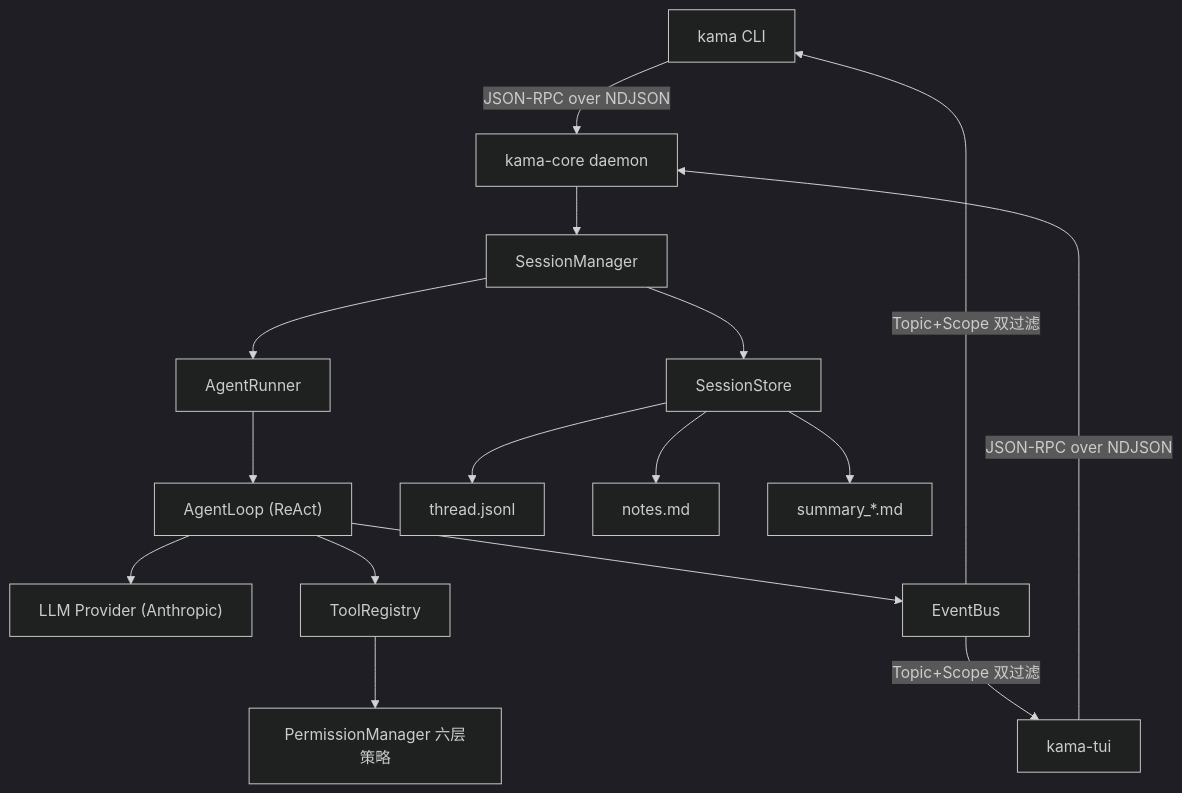
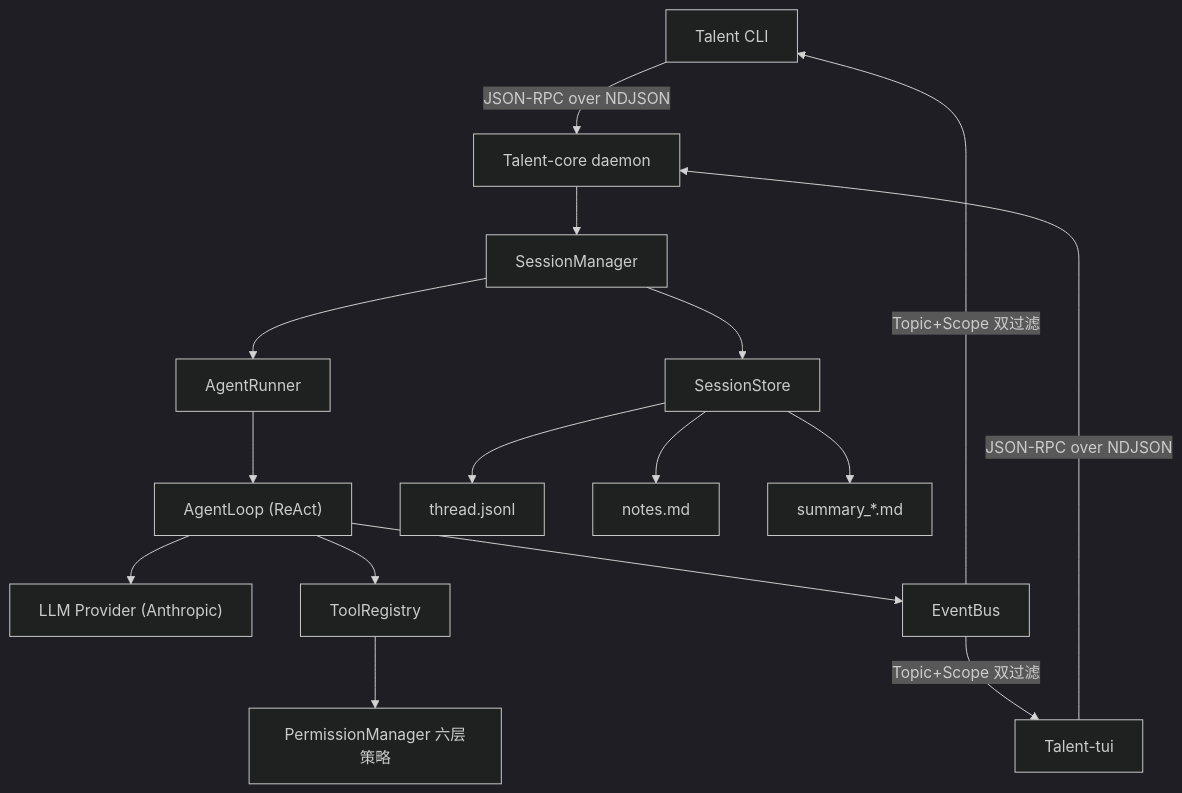
Before and after one commit to JingyanLiu-sun/TalentCode: the diagram in README.md, drawn with Mermaid (dark theme). The commit also changed other lines of this file and 12 other files, not shown here.

````diff
--- a/README.md
+++ b/README.md
@@ -13,18 +13,18 @@
 ```mermaid
 graph TD
-    CLI["kama CLI"] -->|JSON-RPC over NDJSON| CORE["kama-core daemon"]
-    TUI["kama-tui"] -->|JSON-RPC over NDJSON| CORE
+    CLI["Talent CLI"] -->|JSON-RPC over NDJSON| CORE["Talent-core daemon"]
+    TUI["Talent-tui"] -->|JSON-RPC over NDJSON| CORE
     CORE --> MGR["SessionManager"]
     MGR --> RUN["AgentRunner"]
     RUN --> LOOP["AgentLoop (ReAct)"]
     LOOP --> LLM["LLM Provider (Anthropic)"]
     LOOP --> TOOLS["ToolRegistry"]
     TOOLS --> PERM["PermissionManager 六层策略"]
     LOOP --> BUS["EventBus"]
     BUS -->|Topic+Scope 双过滤| CLI
     BUS -->|Topic+Scope 双过滤| TUI
     MGR --> STORE["SessionStore"]
     STORE --> THREAD["thread.jsonl"]
     STORE --> NOTES["notes.md"]
     STORE --> SUMMARY["summary_*.md"]
 ```
````
